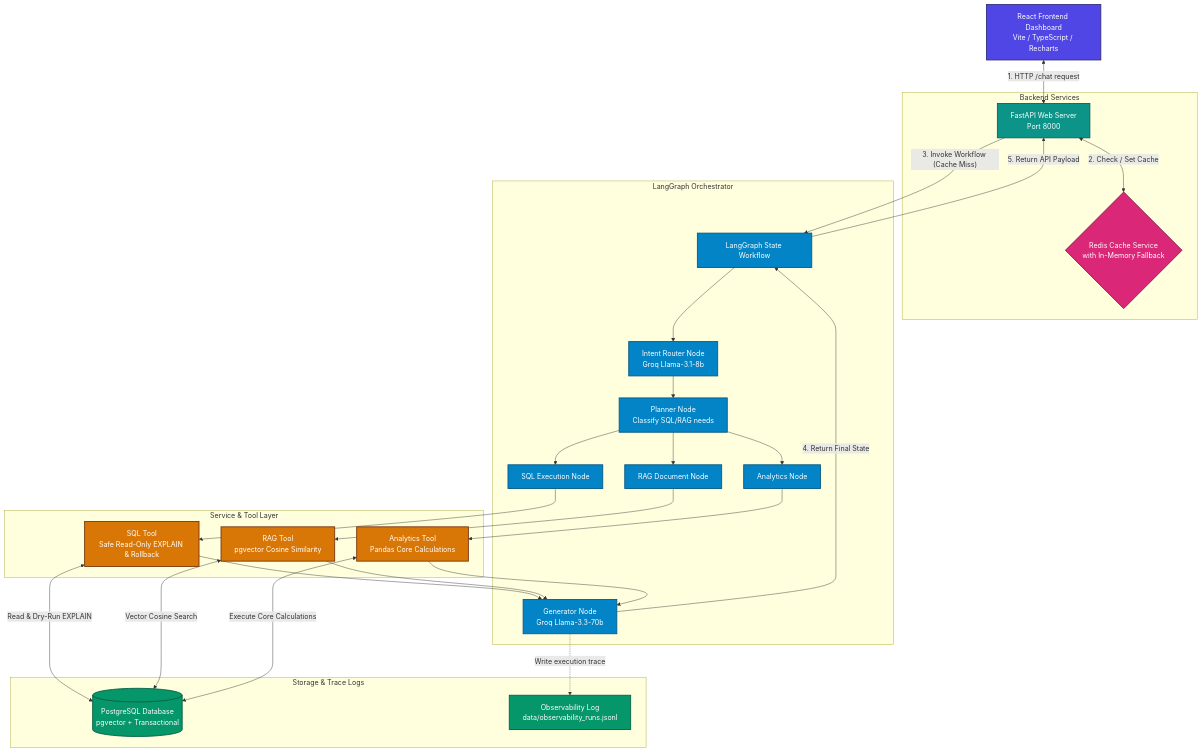
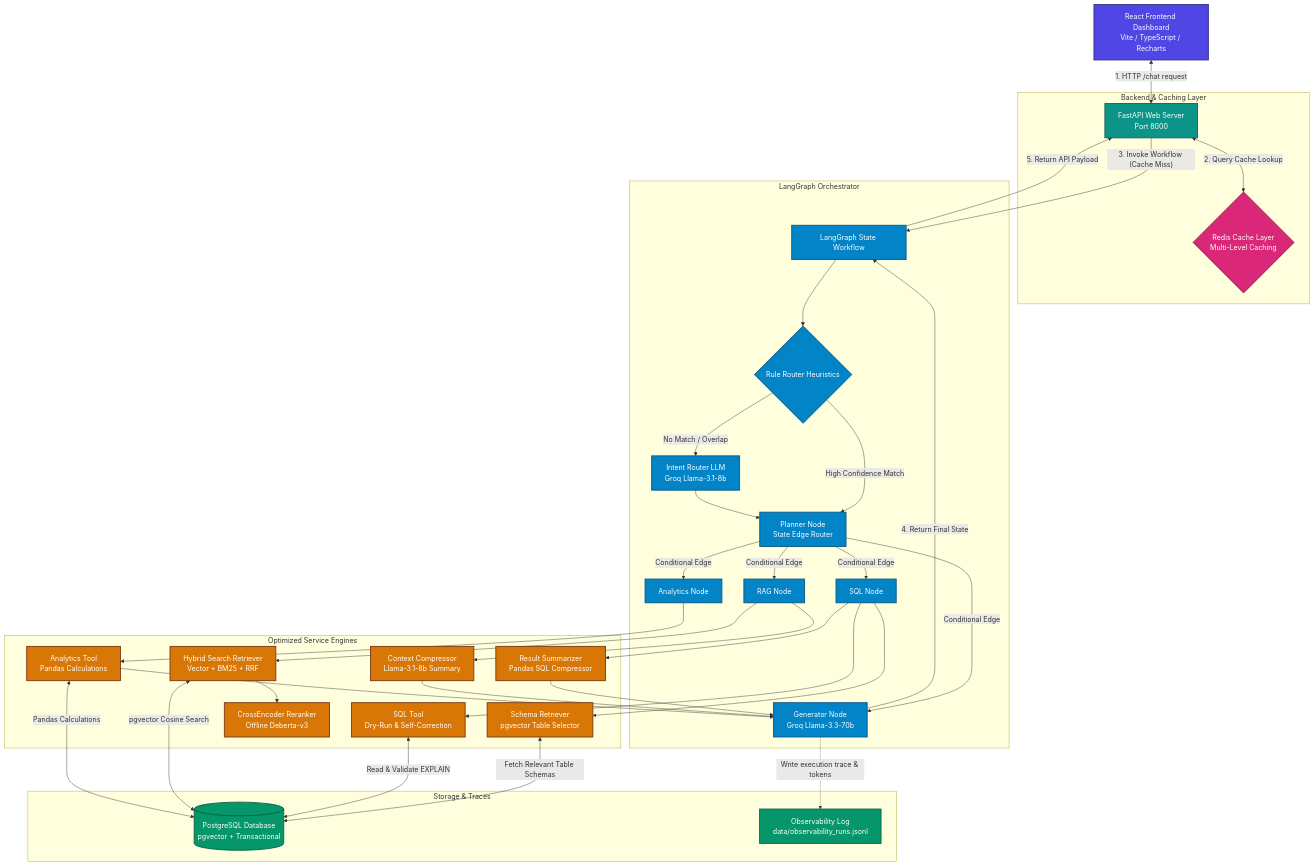
The diagram in README.md (Sahilnegi4444/Ai-Analyst-Agent), drawn with Mermaid before and after one commit. The commit also changed other lines of this file and 17 other files, not shown here.

Commit message:
feat: optimised the architecture to reduce token cost, details given in README.md

````diff
--- a/README.md
+++ b/README.md
@@ -11,66 +13,81 @@
 ```mermaid
 graph TD
     %% Styling Classes
     classDef frontend fill:#4f46e5,stroke:#312e81,color:#fff,stroke-width:2px;
     classDef cache fill:#db2777,stroke:#831843,color:#fff,stroke-width:2px;
     classDef server fill:#0d9488,stroke:#115e59,color:#fff,stroke-width:2px;
     classDef agent fill:#0284c7,stroke:#075985,color:#fff,stroke-width:2px;
     classDef tool fill:#d97706,stroke:#78350f,color:#fff,stroke-width:2px;
     classDef db fill:#059669,stroke:#065f46,color:#fff,stroke-width:2px;
 
     %% Nodes Declaration
     FE[React Frontend Dashboard<br/>Vite / TypeScript / Recharts]:::frontend
     
-    subgraph Backend Services
+    subgraph Backend & Caching Layer
         API[FastAPI Web Server<br/>Port 8000]:::server
-        Cache{Redis Cache Service<br/>with In-Memory Fallback}:::cache
+        RC{Redis Cache Layer<br/>Multi-Level Caching}:::cache
     end
     
     subgraph LangGraph Orchestrator
         WorkflowNode[LangGraph State Workflow]:::agent
-        Router[Intent Router Node<br/>Groq Llama-3.1-8b]:::agent
-        Planner[Planner Node<br/>Classify SQL/RAG needs]:::agent
-        SQLNode[SQL Execution Node]:::agent
-        RAGNode[RAG Document Node]:::agent
+        RuleRouter{Rule Router Heuristics}:::agent
+        Router[Intent Router LLM<br/>Groq Llama-3.1-8b]:::agent
+        Planner[Planner Node<br/>State Edge Router]:::agent
+        SQLNode[SQL Node]:::agent
+        RAGNode[RAG Node]:::agent
         AnalNode[Analytics Node]:::agent
         GenNode[Generator Node<br/>Groq Llama-3.3-70b]:::agent
     end
 
-    subgraph Service & Tool Layer
-        SQLTool[SQL Tool<br/>Safe Read-Only EXPLAIN & Rollback]:::tool
-        RAGTool[RAG Tool<br/>pgvector Cosine Similarity]:::tool
-        AnalTool[Analytics Tool<br/>Pandas Core Calculations]:::tool
+    subgraph Optimized Service Engines
+        SchemaRetriever[Schema Retriever<br/>pgvector Table Selector]:::tool
+        SQLTool[SQL Tool<br/>Dry-Run & Self-Correction]:::tool
+        ResultSummarizer[Result Summarizer<br/>Pandas SQL Compressor]:::tool
+        HybridRetriever[Hybrid Search Retriever<br/>Vector + BM25 + RRF]:::tool
+        Reranker[CrossEncoder Reranker<br/>Offline Deberta-v3]:::tool
+        ContextCompressor[Context Compressor<br/>Llama-3.1-8b Summary]:::tool
+        AnalTool[Analytics Tool<br/>Pandas Calculations]:::tool
     end
 
-    subgraph Storage & Trace Logs
+    subgraph Storage & Traces
         DB[(PostgreSQL Database<br/>pgvector + Transactional)]:::db
         Obs[Observability Log<br/>data/observability_runs.jsonl]:::db
     end
 
     %% Flow Connections
     FE <-->|"1. HTTP /chat request"| API
-    API <-->|"2. Check / Set Cache"| Cache
+    API <-->|"2. Query Cache Lookup"| RC
     API -->|"3. Invoke Workflow (Cache Miss)"| WorkflowNode
     
-    WorkflowNode --> Router
+    WorkflowNode --> RuleRouter
+    RuleRouter -->|No Match / Overlap| Router
+    RuleRouter -->|High Confidence Match| Planner
     Router --> Planner
-    Planner --> SQLNode
-    Planner --> RAGNode
-    Planner --> AnalNode
     
+    Planner -->|Conditional Edge| SQLNode
+    Planner -->|Conditional Edge| RAGNode
+    Planner -->|Conditional Edge| AnalNode
+    Planner -->|Conditional Edge| GenNode
+    
+    SQLNode --> SchemaRetriever
+    SchemaRetriever <-->|"Fetch Relevant Table Schemas"| DB
     SQLNode --> SQLTool
-    RAGNode --> RAGTool
+    SQLTool <-->|"Read & Validate EXPLAIN"| DB
+    SQLNode --> ResultSummarizer
+    
+    RAGNode --> HybridRetriever
+    HybridRetriever <-->|"pgvector Cosine Search"| DB
+    HybridRetriever --> Reranker
+    RAGNode --> ContextCompressor
+    
     AnalNode --> AnalTool
+    AnalTool <-->|"Pandas Calculations"| DB
     
-    SQLTool <-->|"Read & Dry-Run EXPLAIN"| DB
-    RAGTool <-->|"Vector Cosine Search"| DB
-    AnalTool <-->|"Execute Core Calculations"| DB
-    
-    SQLTool --> GenNode
-    RAGTool --> GenNode
+    ResultSummarizer --> GenNode
+    ContextCompressor --> GenNode
     AnalTool --> GenNode
     
     GenNode -->|"4. Return Final State"| WorkflowNode
     WorkflowNode -->|"5. Return API Payload"| API
-    GenNode -.->|Write execution trace| Obs
+    GenNode -.->|Write execution trace & tokens| Obs
 ```
````
